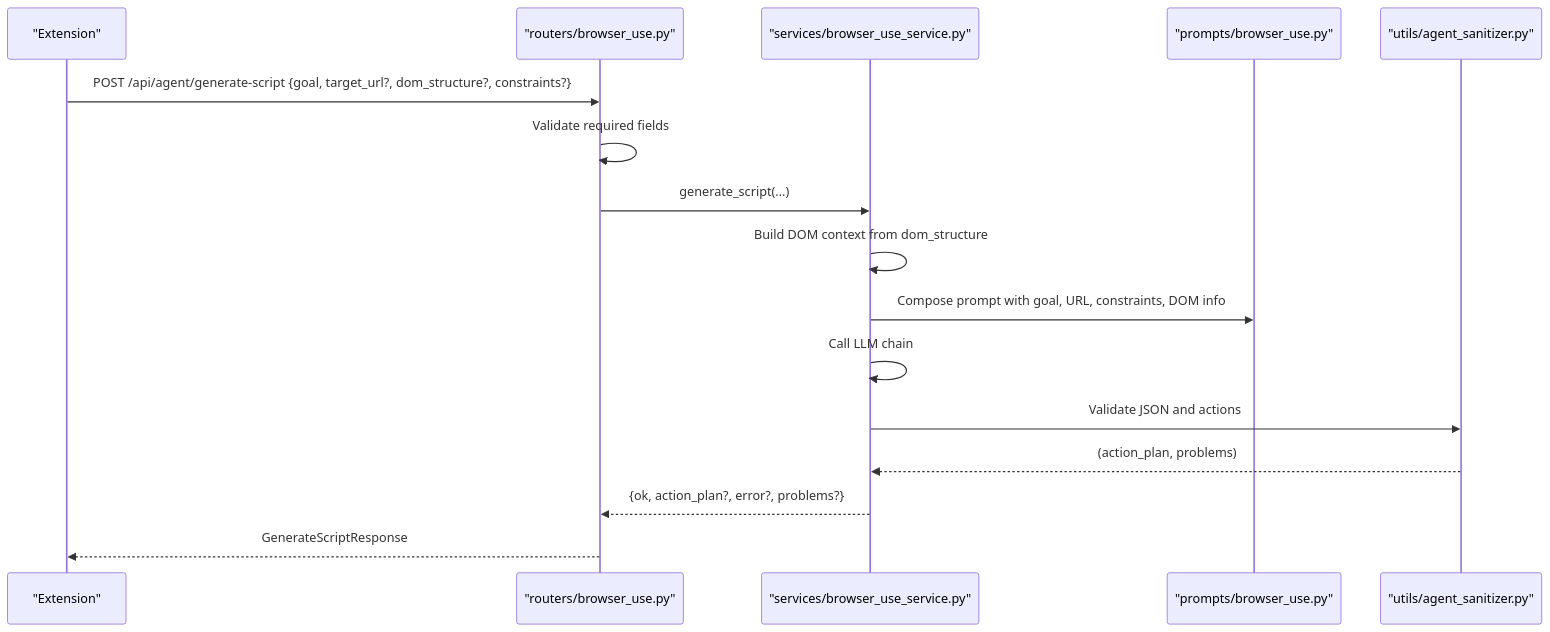
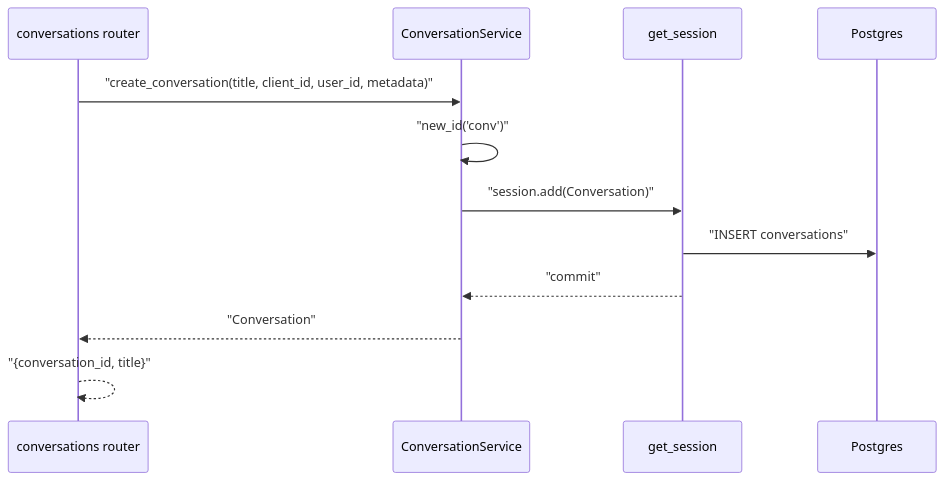
The second of 7 diagrams in src/data/docs/agentic-browser/Data Models and Schemas/Agent Communication Models.md (tashifkhan/tashif.codes), drawn with Mermaid before and after one commit. The commit also changed other lines of this file and 114 other files, not shown here.

````diff
--- a/src/data/docs/agentic-browser/Data Models and Schemas/Agent Communication Models.md
+++ b/src/data/docs/agentic-browser/Data Models and Schemas/Agent Communication Models.md
@@ -145,18 +67,14 @@
 ```mermaid
 sequenceDiagram
-participant Ext as "Extension"
-participant Router as "routers/browser_use.py"
-participant Service as "services/browser_use_service.py"
-participant Prompt as "prompts/browser_use.py"
-participant San as "utils/agent_sanitizer.py"
-Ext->>Router : POST /api/agent/generate-script {goal, target_url?, dom_structure?, constraints?}
-Router->>Router : Validate required fields
-Router->>Service : generate_script(...)
-Service->>Service : Build DOM context from dom_structure
-Service->>Prompt : Compose prompt with goal, URL, constraints, DOM info
-Service->>Service : Call LLM chain
-Service->>San : Validate JSON and actions
-San-->>Service : (action_plan, problems)
-Service-->>Router : {ok, action_plan?, error?, problems?}
-Router-->>Ext : GenerateScriptResponse
+  participant R as conversations router
+  participant S as ConversationService
+  participant DB as get_session
+  participant PG as Postgres
+  R->>S: "create_conversation(title, client_id, user_id, metadata)"
+  S->>S: "new_id('conv')"
+  S->>DB: "session.add(Conversation)"
+  DB->>PG: "INSERT conversations"
+  DB-->>S: "commit"
+  S-->>R: "Conversation"
+  R-->>R: "{conversation_id, title}"
 ```
````
